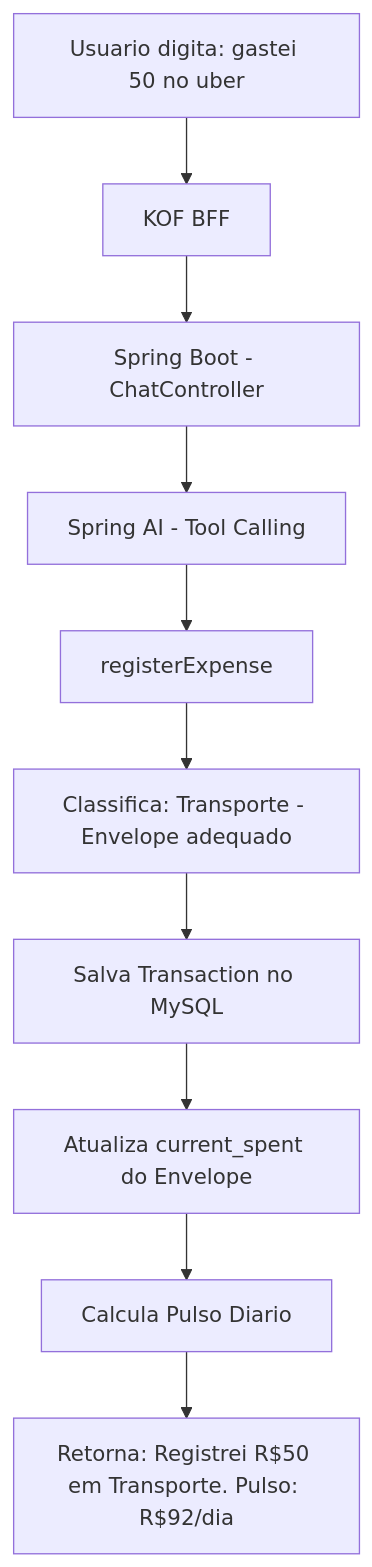
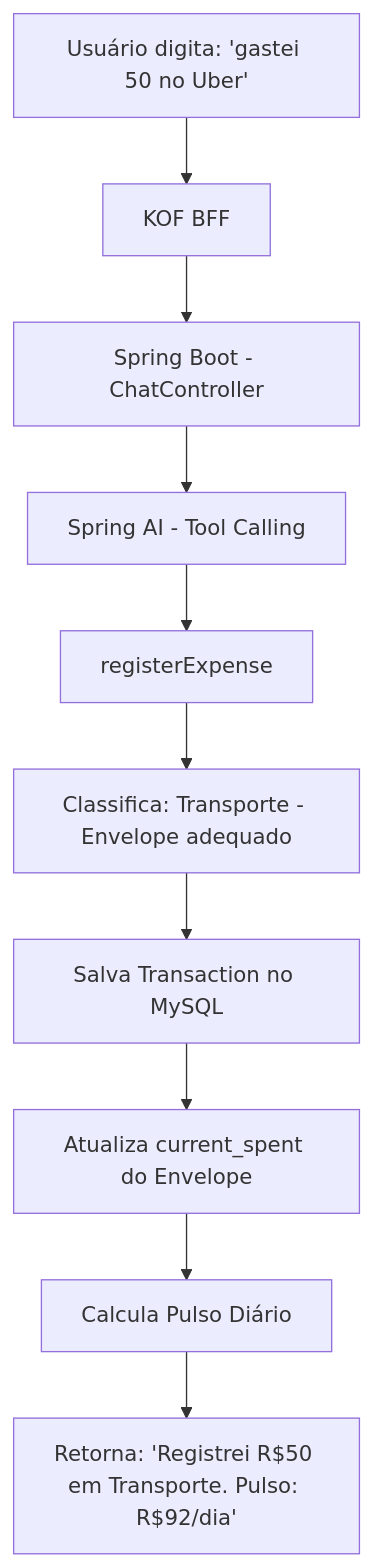
Before and after one commit to luizaleblanc/organiza-ai: the second of 4 diagrams in docs/DATA_MODEL.md, drawn with Mermaid. The commit also changed other lines of this file, not shown here.

````diff
--- a/docs/DATA_MODEL.md
+++ b/docs/DATA_MODEL.md
@@ -54,12 +54,12 @@
 ```mermaid
 flowchart TD
-    A[Usuario digita: gastei 50 no uber] --> B[KOF BFF]
+    A["Usuário digita: 'gastei 50 no Uber'"] --> B[KOF BFF]
     B --> C[Spring Boot - ChatController]
     C --> D[Spring AI - Tool Calling]
     D --> E[registerExpense]
     E --> F[Classifica: Transporte - Envelope adequado]
     F --> G[Salva Transaction no MySQL]
     G --> H[Atualiza current_spent do Envelope]
-    H --> I[Calcula Pulso Diario]
-    I --> J[Retorna: Registrei R$50 em Transporte. Pulso: R$92/dia]
+    H --> I[Calcula Pulso Diário]
+    I --> J["Retorna: 'Registrei R$50 em Transporte. Pulso: R$92/dia'"]
 ```
````
